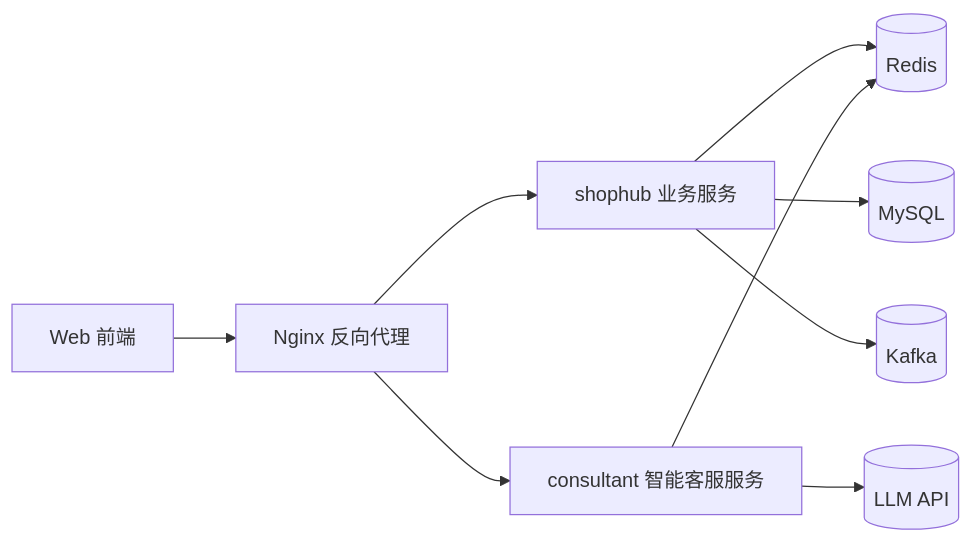
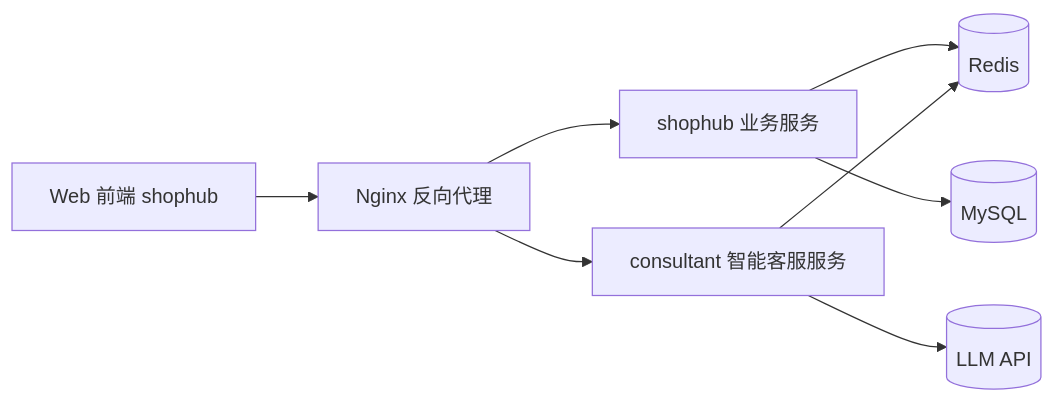
One commit to dirge2024/ShopHub changed the diagram in README.md. Above: the diagram before and after it, drawn with Mermaid. The commit also changed other lines of this file and 8 other files, not shown here.

````diff
--- a/README.md
+++ b/README.md
@@ -11,11 +9,10 @@
 ```mermaid
 flowchart LR
-    A[Web 前端] --> B[Nginx 反向代理]
+    A[Web 前端 shophub] --> B[Nginx 反向代理]
     B --> C[shophub 业务服务]
     B --> D[consultant 智能客服服务]
     C --> E[(Redis)]
     C --> F[(MySQL)]
-    C --> G[(Kafka)]
     D --> E
-    D --> H[(LLM API)]
+    D --> G[(LLM API)]
 ```
````
